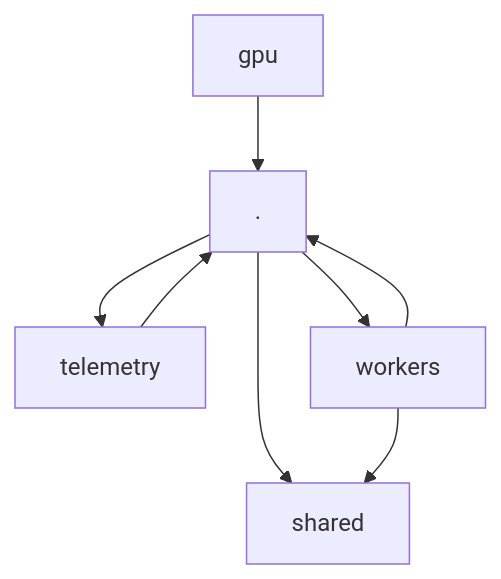
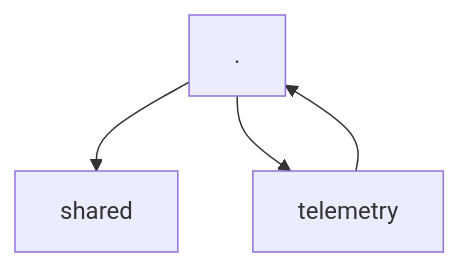
One commit to danielsimonjr/math-mcp changed the diagram in tools/dependency-graph.mermaid. Above: the diagram before and after it, drawn with Mermaid. The commit also changed 6 other files, not shown here.

```diff
--- a/tools/dependency-graph.mermaid
+++ b/tools/dependency-graph.mermaid
@@ -1,13 +1,7 @@
 graph TD
   _["."]
   _ --> shared
   _ --> telemetry
-  _ --> workers
-  gpu["gpu"]
-  gpu --> _
   shared["shared"]
   telemetry["telemetry"]
   telemetry --> _
-  workers["workers"]
-  workers --> _
-  workers --> shared
```
